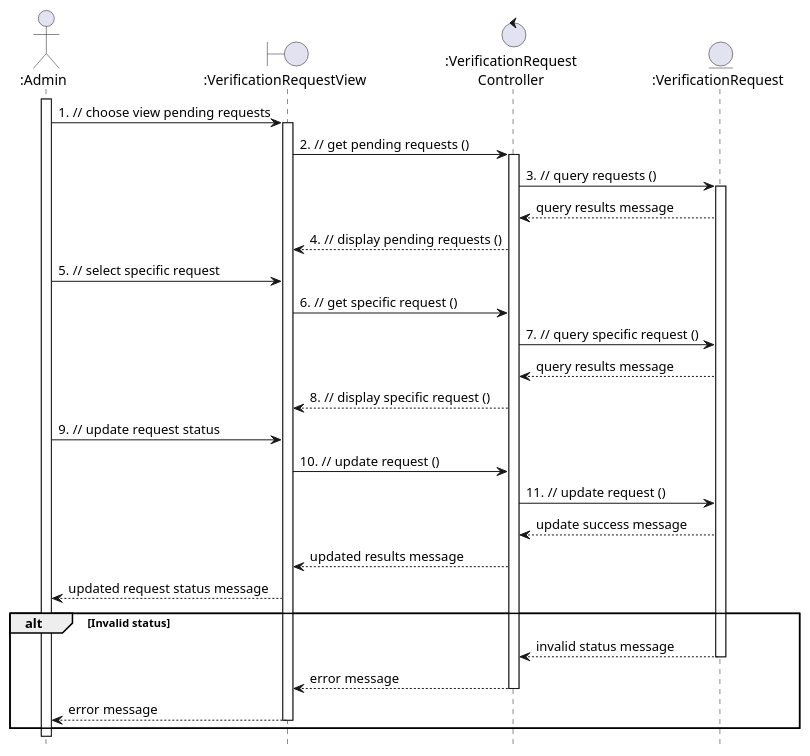
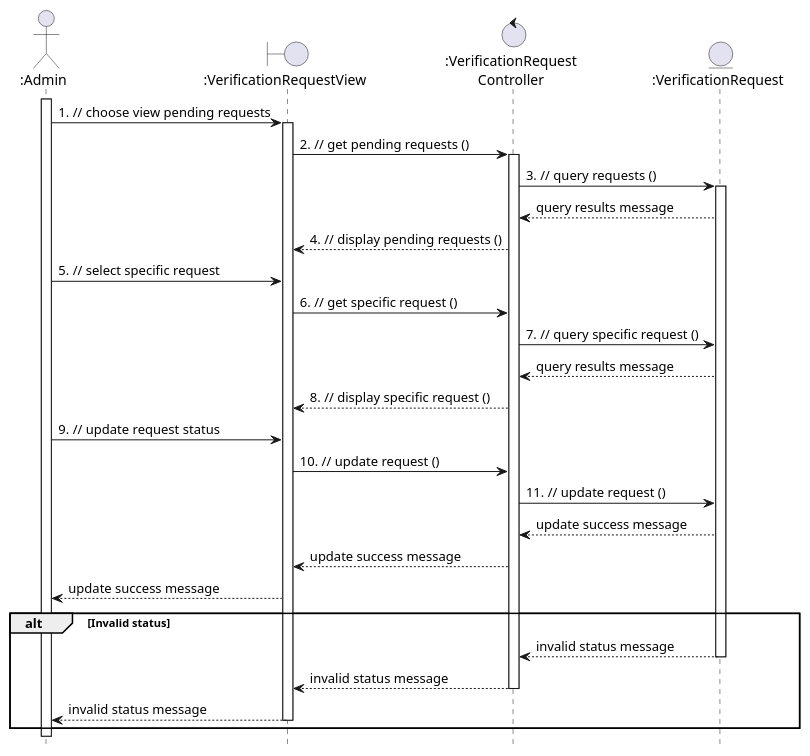
One commit to anhbanlinhle/velocity-exchange changed the diagram in uml/analysis/sequence/approve_car_for_auction.pu. Above: the diagram before and after it, drawn with PlantUML.

Commit message:
doc[lynn]: sync message name

```diff
--- a/uml/analysis/sequence/approve_car_for_auction.pu
+++ b/uml/analysis/sequence/approve_car_for_auction.pu
@@ -1,43 +1,43 @@
 @startuml
 hide footbox
 
 
 actor ":Admin" as Admin
 boundary ":VerificationRequestView" as PendingRequestsView
 control ":VerificationRequest\nController" as VerificationRequestController
 entity ":VerificationRequest" as PendingRequests
 
 Admin ++
   Admin -> PendingRequestsView: 1. // choose view pending requests
   PendingRequestsView ++
     PendingRequestsView -> VerificationRequestController: 2. // get pending requests ()
     VerificationRequestController ++
       VerificationRequestController -> PendingRequests: 3. // query requests ()
         PendingRequests ++
         PendingRequests --> VerificationRequestController: query results message
       VerificationRequestController --> PendingRequestsView: 4. // display pending requests ()
 
 
   Admin -> PendingRequestsView: 5. // select specific request
     PendingRequestsView -> VerificationRequestController: 6. // get specific request ()
       VerificationRequestController -> PendingRequests: 7. // query specific request ()
         PendingRequests --> VerificationRequestController: query results message
       VerificationRequestController --> PendingRequestsView: 8. // display specific request ()
 
   Admin -> PendingRequestsView: 9. // update request status
     PendingRequestsView -> VerificationRequestController: 10. // update request ()
       VerificationRequestController -> PendingRequests: 11. // update request ()
         PendingRequests --> VerificationRequestController: update success message
-      VerificationRequestController --> PendingRequestsView: updated results message
-    PendingRequestsView --> Admin: updated request status message
+      VerificationRequestController --> PendingRequestsView: update success message
+    PendingRequestsView --> Admin: update success message
 
 alt Invalid status
   PendingRequests --> VerificationRequestController: invalid status message
   PendingRequests --
-    VerificationRequestController --> PendingRequestsView: error message
+    VerificationRequestController --> PendingRequestsView: invalid status message
     VerificationRequestController --
-    PendingRequestsView --> Admin: error message
+    PendingRequestsView --> Admin: invalid status message
     PendingRequestsView --
 end
 
 @enduml
```
